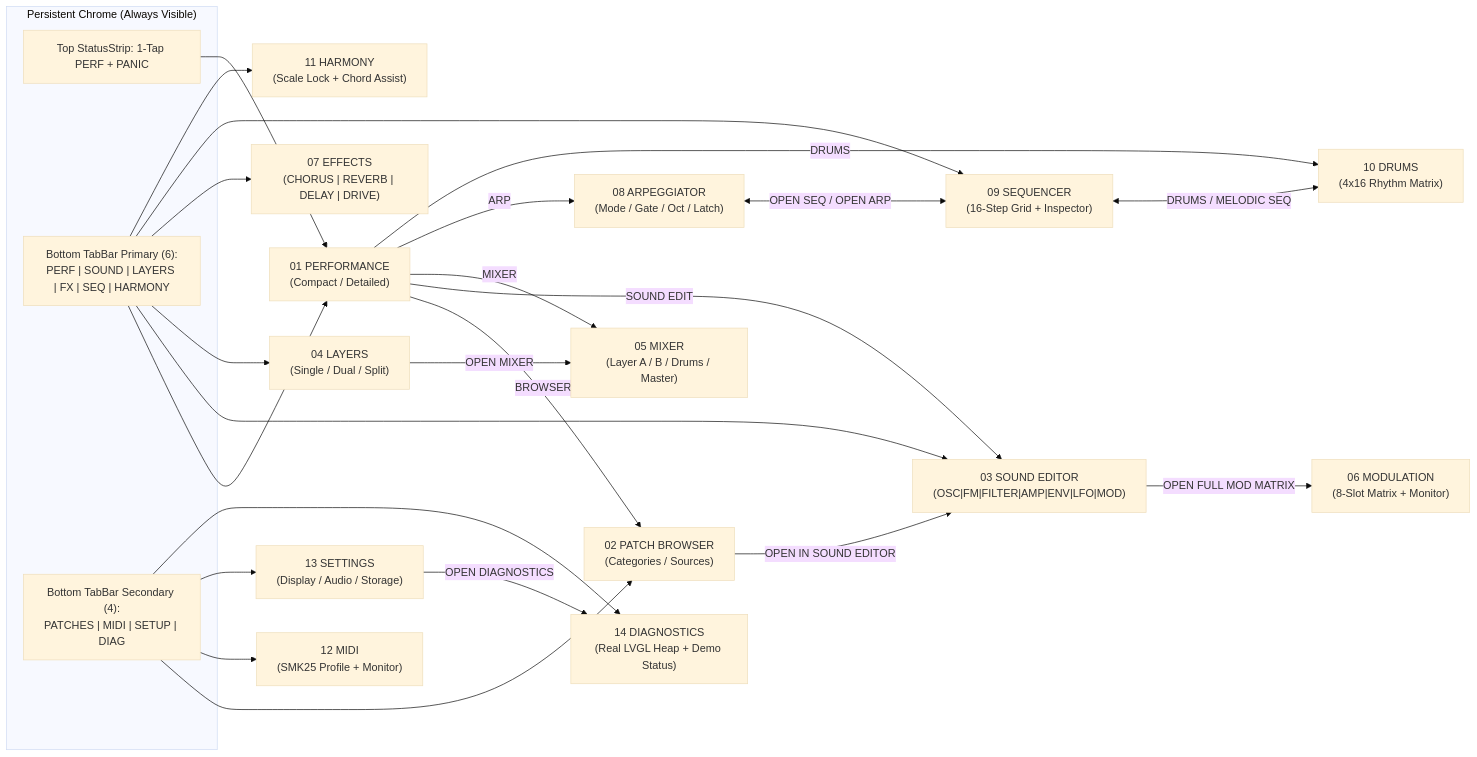
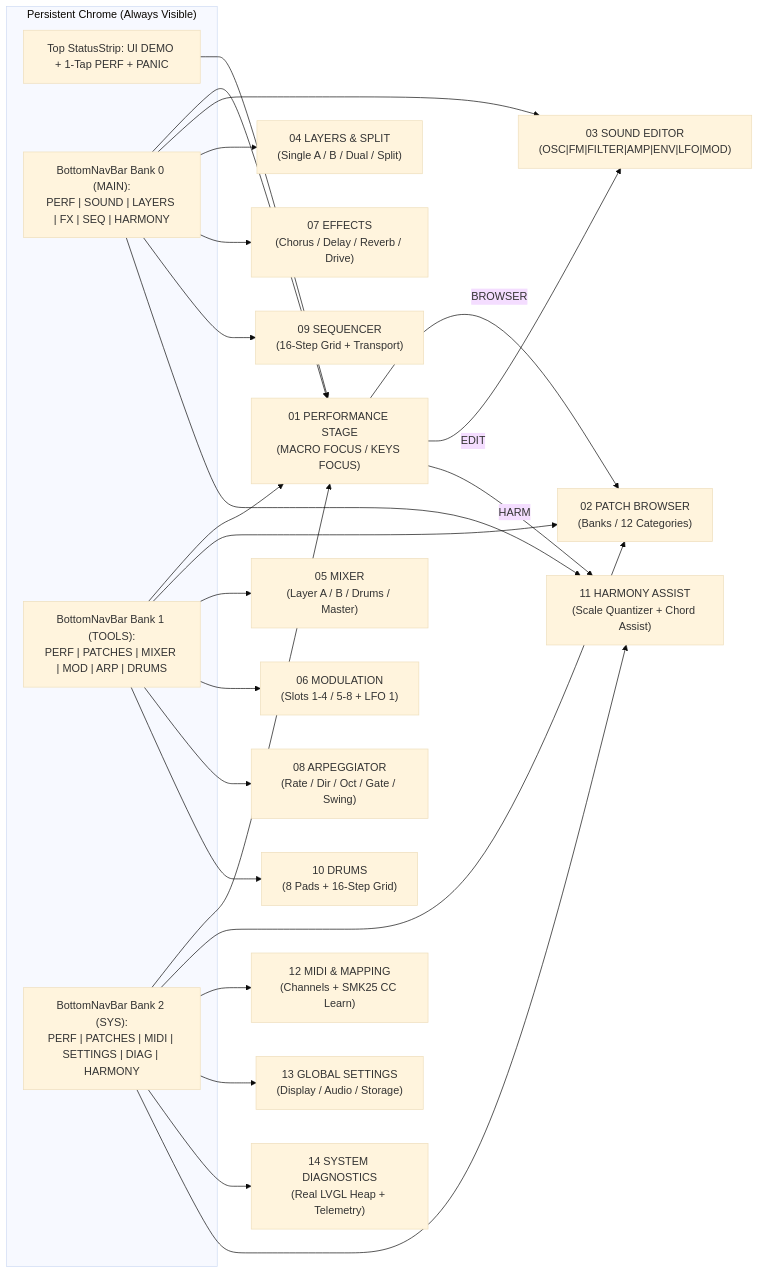
The diagram in smk-p4/docs/ui_navigation_map.md (ovelhaaa/amy), drawn with Mermaid (base theme) before and after one commit. The commit also changed other lines of this file and 8 other files, not shown here.

````diff
--- a/smk-p4/docs/ui_navigation_map.md
+++ b/smk-p4/docs/ui_navigation_map.md
@@ -14,40 +16,33 @@
 ```mermaid
 flowchart LR
     subgraph Global_Chrome["Persistent Chrome (Always Visible)"]
-        TopPerf["Top StatusStrip: 1-Tap PERF + PANIC"]
-        PriBar["Bottom TabBar Primary (6):\nPERF | SOUND | LAYERS | FX | SEQ | HARMONY"]
-        SecBar["Bottom TabBar Secondary (4):\nPATCHES | MIDI | SETUP | DIAG"]
+        TopPerf["Top StatusStrip: UI DEMO + 1-Tap PERF + PANIC"]
+        Bank0["BottomNavBar Bank 0 (MAIN):\nPERF | SOUND | LAYERS | FX | SEQ | HARMONY"]
+        Bank1["BottomNavBar Bank 1 (TOOLS):\nPERF | PATCHES | MIXER | MOD | ARP | DRUMS"]
+        Bank2["BottomNavBar Bank 2 (SYS):\nPERF | PATCHES | MIDI | SETTINGS | DIAG | HARMONY"]
     end
 
-    S01["01 PERFORMANCE\n(Compact / Detailed)"]
-    S02["02 PATCH BROWSER\n(Categories / Sources)"]
+    S01["01 PERFORMANCE STAGE\n(MACRO FOCUS / KEYS FOCUS)"]
+    S02["02 PATCH BROWSER\n(Banks / 12 Categories)"]
     S03["03 SOUND EDITOR\n(OSC|FM|FILTER|AMP|ENV|LFO|MOD)"]
-    S04["04 LAYERS\n(Single / Dual / Split)"]
+    S04["04 LAYERS & SPLIT\n(Single A / B / Dual / Split)"]
     S05["05 MIXER\n(Layer A / B / Drums / Master)"]
-    S06["06 MODULATION\n(8-Slot Matrix + Monitor)"]
-    S07["07 EFFECTS\n(CHORUS | REVERB | DELAY | DRIVE)"]
-    S08["08 ARPEGGIATOR\n(Mode / Gate / Oct / Latch)"]
-    S09["09 SEQUENCER\n(16-Step Grid + Inspector)"]
-    S10["10 DRUMS\n(4x16 Rhythm Matrix)"]
-    S11["11 HARMONY\n(Scale Lock + Chord Assist)"]
-    S12["12 MIDI\n(SMK25 Profile + Monitor)"]
-    S13["13 SETTINGS\n(Display / Audio / Storage)"]
-    S14["14 DIAGNOSTICS\n(Real LVGL Heap + Demo Status)"]
+    S06["06 MODULATION\n(Slots 1-4 / 5-8 + LFO 1)"]
+    S07["07 EFFECTS\n(Chorus / Delay / Reverb / Drive)"]
+    S08["08 ARPEGGIATOR\n(Rate / Dir / Oct / Gate / Swing)"]
+    S09["09 SEQUENCER\n(16-Step Grid + Transport)"]
+    S10["10 DRUMS\n(8 Pads + 16-Step Grid)"]
+    S11["11 HARMONY ASSIST\n(Scale Quantizer + Chord Assist)"]
+    S12["12 MIDI & MAPPING\n(Channels + SMK25 CC Learn)"]
+    S13["13 GLOBAL SETTINGS\n(Display / Audio / Storage)"]
+    S14["14 SYSTEM DIAGNOSTICS\n(Real LVGL Heap + Telemetry)"]
 
     TopPerf --> S01
-    PriBar --> S01 & S03 & S04 & S07 & S09 & S11
-    SecBar --> S02 & S12 & S13 & S14
+    Bank0 --> S01 & S03 & S04 & S07 & S09 & S11
+    Bank1 --> S01 & S02 & S05 & S06 & S08 & S10
+    Bank2 --> S01 & S02 & S12 & S13 & S14 & S11
 
     S01 -- "BROWSER" --> S02
-    S01 -- "SOUND EDIT" --> S03
-    S01 -- "MIXER" --> S05
-    S01 -- "ARP" --> S08
-    S01 -- "DRUMS" --> S10
-
-    S02 -- "OPEN IN SOUND EDITOR" --> S03
-    S03 -- "OPEN FULL MOD MATRIX" --> S06
-    S04 -- "OPEN MIXER" --> S05
-    S08 <-- "OPEN SEQ / OPEN ARP" --> S09
-    S09 <-- "DRUMS / MELODIC SEQ" --> S10
-    S13 -- "OPEN DIAGNOSTICS" --> S14
+    S01 -- "EDIT" --> S03
+    S01 -- "HARM" --> S11
 ```
````
